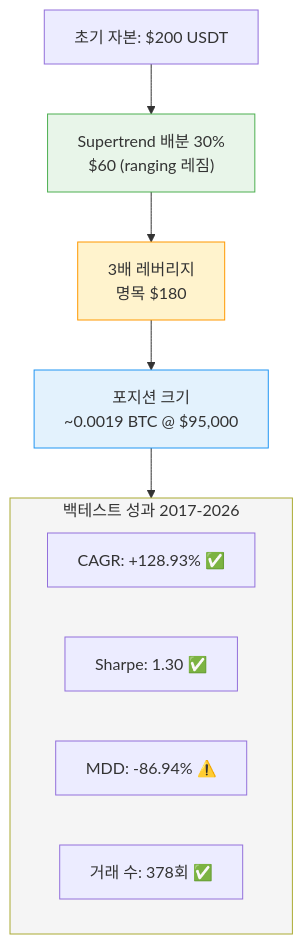
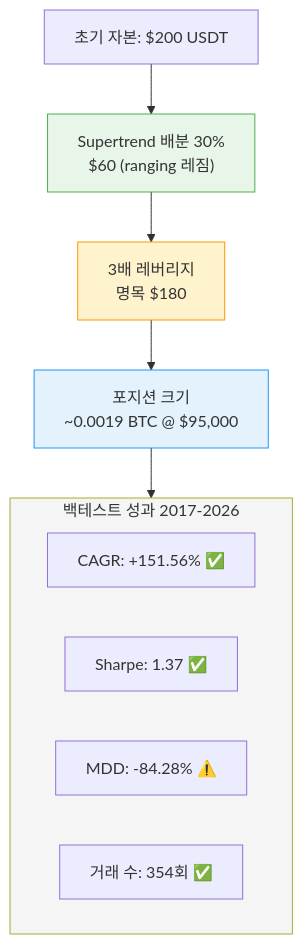
The first of 2 diagrams in docs/policies/leverage-limits.md (Justant-source/Bit-Mania), drawn with Mermaid before and after one commit. The commit also changed other lines of this file and 50 other files, not shown here.

````diff
--- a/docs/policies/leverage-limits.md
+++ b/docs/policies/leverage-limits.md
@@ -33,20 +33,20 @@
 ```mermaid
 graph TD
     A["초기 자본: $200 USDT"] --> B["Supertrend 배분 30%<br>$60 (ranging 레짐)"]
     B --> C["3배 레버리지<br>명목 $180"]
     C --> D["포지션 크기<br>~0.0019 BTC @ $95,000"]
     
     subgraph Performance["백테스트 성과 2017-2026"]
-        E["CAGR: +128.93% ✅"]
-        F["Sharpe: 1.30 ✅"]
-        G["MDD: -86.94% ⚠️"]
-        H["거래 수: 378회 ✅"]
+        E["CAGR: +151.56% ✅"]
+        F["Sharpe: 1.37 ✅"]
+        G["MDD: -84.28% ⚠️"]
+        H["거래 수: 354회 ✅"]
     end
     
     D --> Performance
     
     style B fill:#e8f5e9,stroke:#4caf50
     style C fill:#fff3cd,stroke:#ff9800
     style D fill:#e3f2fd,stroke:#2196f3
     style Performance fill:#f5f5f5
 ```
````
